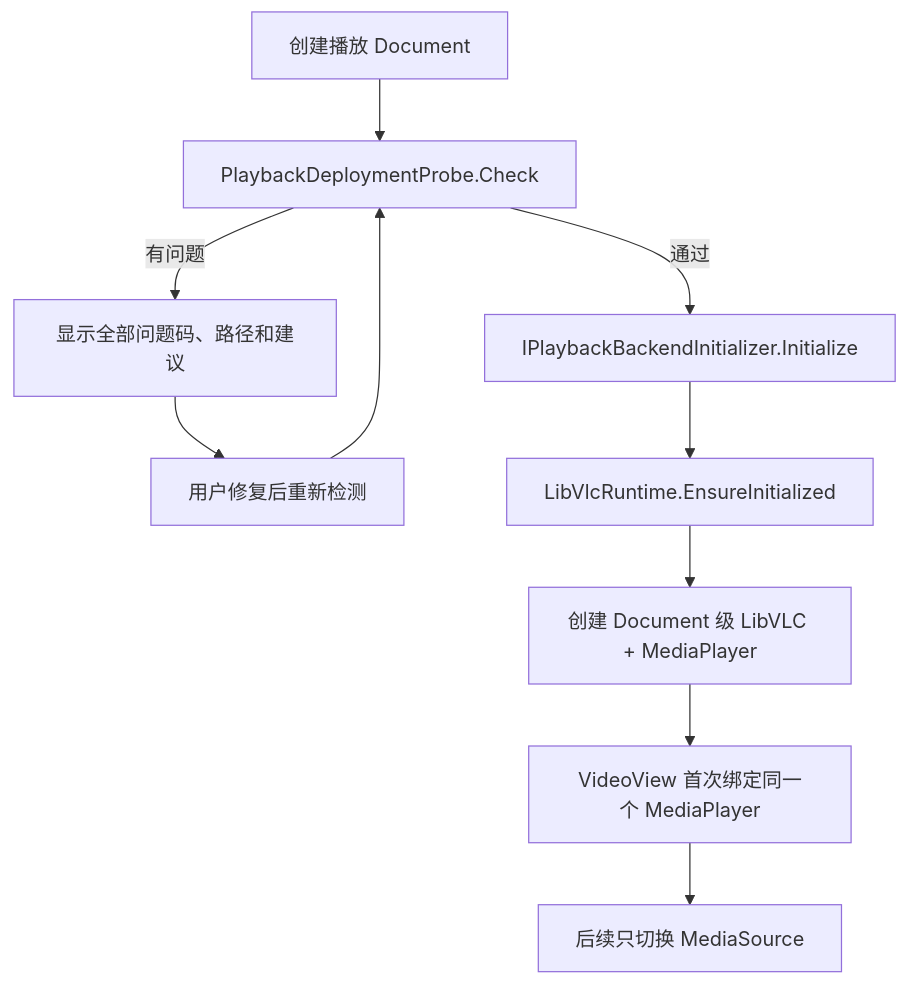
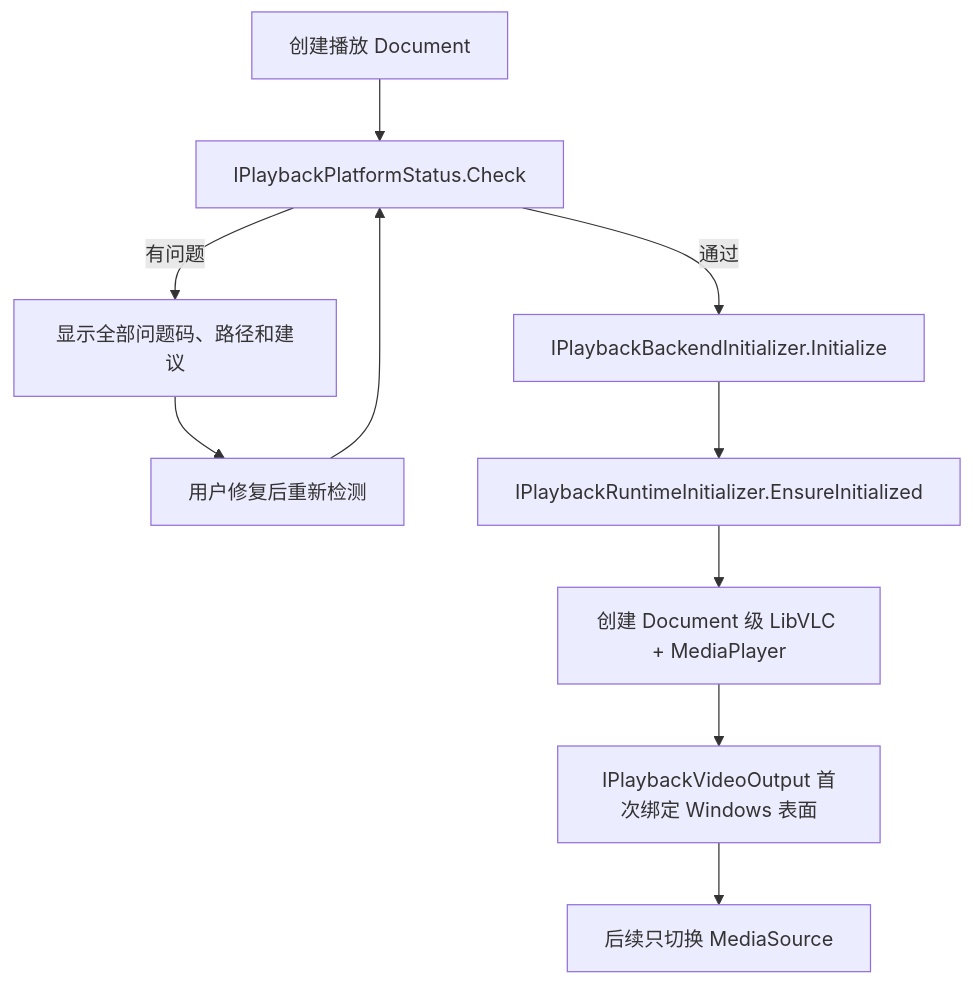
The fourth of 9 diagrams in Plugins/MySmallTools/MySmallTools/docs/secret-video-player/architecture-design.md (crownclowngx/avalonia_dock_simple_test), drawn with Mermaid before and after one commit. The commit also changed other lines of this file and 30 other files, not shown here.

````diff
--- a/Plugins/MySmallTools/MySmallTools/docs/secret-video-player/architecture-design.md
+++ b/Plugins/MySmallTools/MySmallTools/docs/secret-video-player/architecture-design.md
@@ -187,12 +190,12 @@
 ```mermaid
 flowchart TD
-    Create["创建播放 Document"] --> Check["PlaybackDeploymentProbe.Check"]
+    Create["创建播放 Document"] --> Check["IPlaybackPlatformStatus.Check"]
     Check -->|有问题| Diagnostics["显示全部问题码、路径和建议"]
     Diagnostics --> Retry["用户修复后重新检测"]
     Retry --> Check
     Check -->|通过| Init["IPlaybackBackendInitializer.Initialize"]
-    Init --> Runtime["LibVlcRuntime.EnsureInitialized"]
+    Init --> Runtime["IPlaybackRuntimeInitializer.EnsureInitialized"]
     Runtime --> Backend["创建 Document 级 LibVLC + MediaPlayer"]
-    Backend --> Bind["VideoView 首次绑定同一个 MediaPlayer"]
+    Backend --> Bind["IPlaybackVideoOutput 首次绑定 Windows 表面"]
     Bind --> Switch["后续只切换 MediaSource"]
 ```
````
